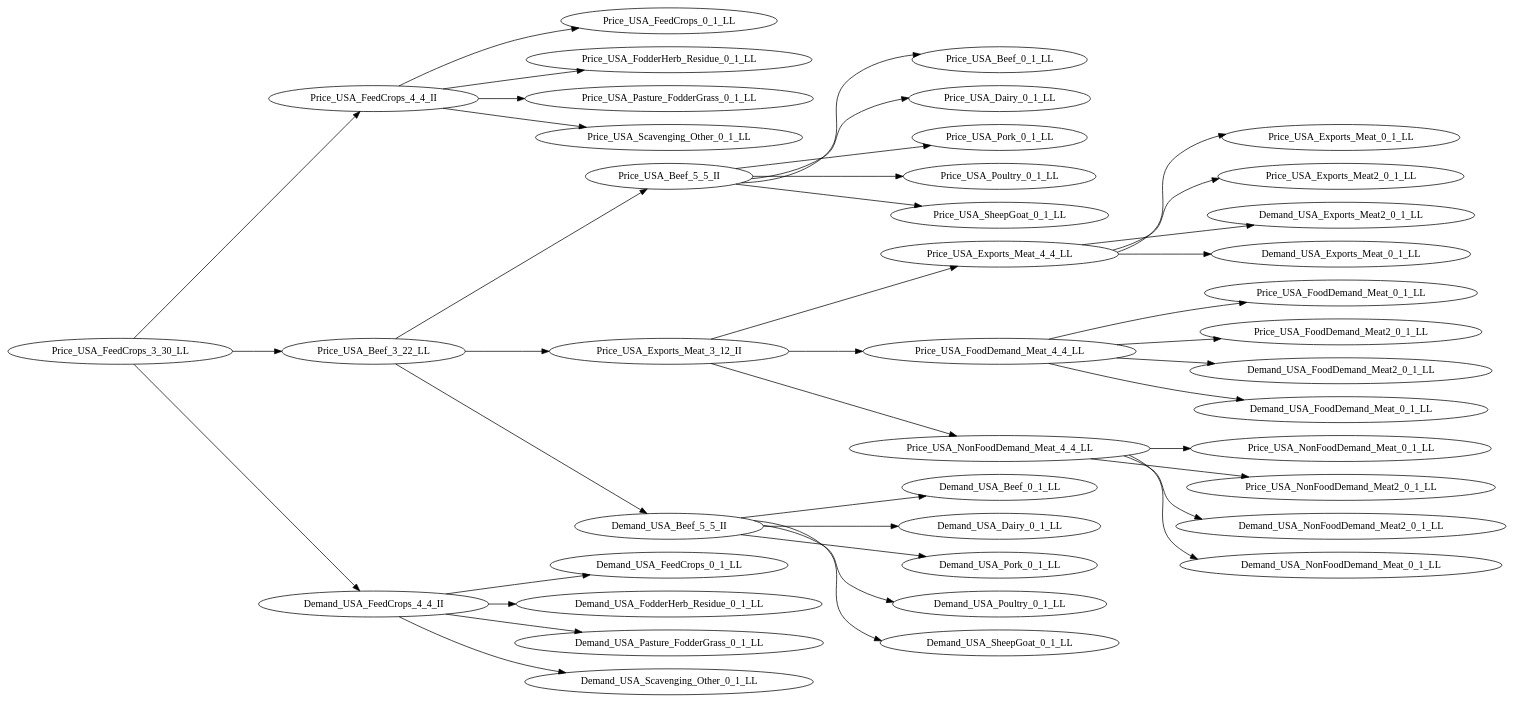
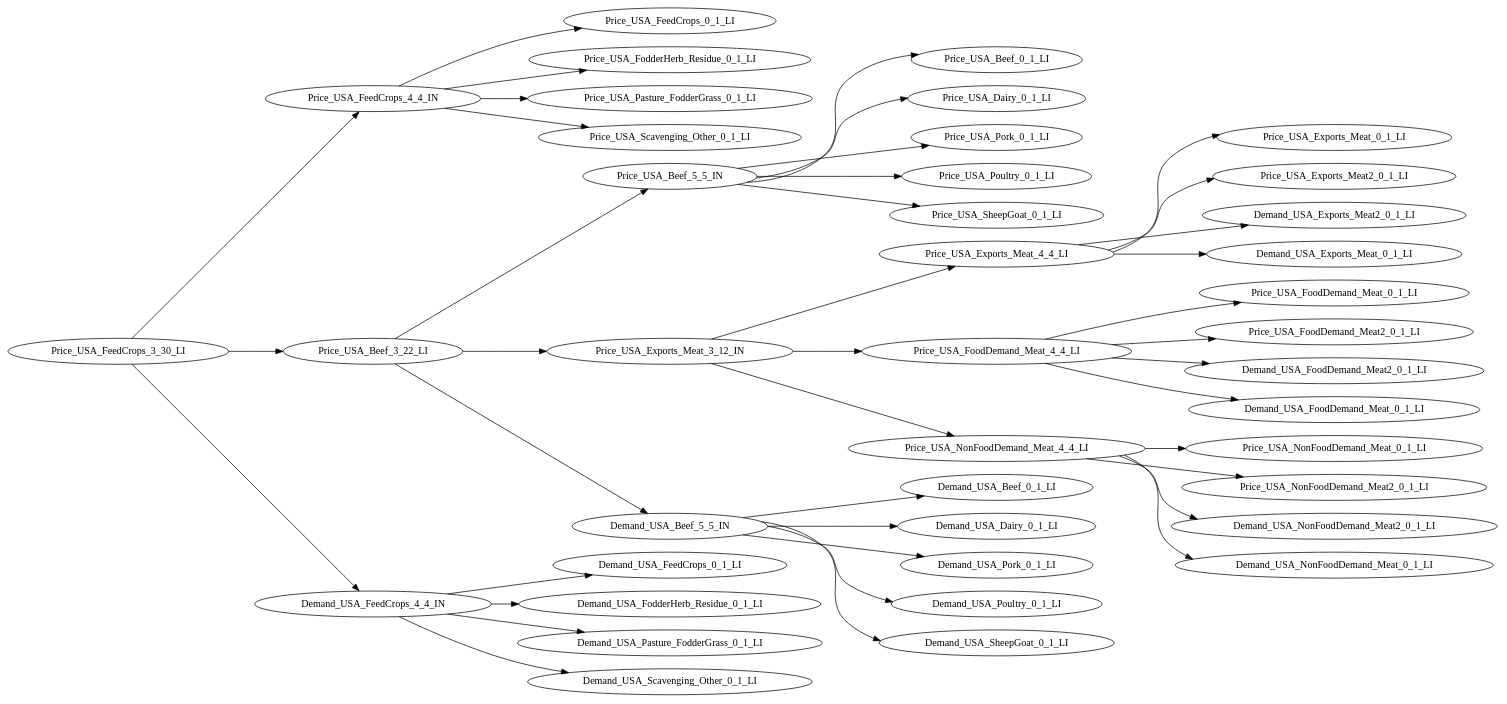
Before and after one commit to rplzzz/tgraph: the diagram in output/gcam-usa-c2-clans.dot, drawn with Graphviz. The commit also changed 2 other files, not shown here.

```diff
--- a/output/gcam-usa-c2-clans.dot
+++ b/output/gcam-usa-c2-clans.dot
@@ -1,42 +1,42 @@
 digraph ClanTree {
 rankdir=LR
-Price_USA_FeedCrops_3_30_LL -> Price_USA_FeedCrops_4_4_II;
-Price_USA_FeedCrops_4_4_II -> Price_USA_FeedCrops_0_1_LL;
-Price_USA_FeedCrops_4_4_II -> Price_USA_FodderHerb_Residue_0_1_LL;
-Price_USA_FeedCrops_4_4_II -> Price_USA_Pasture_FodderGrass_0_1_LL;
-Price_USA_FeedCrops_4_4_II -> Price_USA_Scavenging_Other_0_1_LL;
-Price_USA_FeedCrops_3_30_LL -> Price_USA_Beef_3_22_LL;
-Price_USA_Beef_3_22_LL -> Price_USA_Beef_5_5_II;
-Price_USA_Beef_5_5_II -> Price_USA_Beef_0_1_LL;
-Price_USA_Beef_5_5_II -> Price_USA_Dairy_0_1_LL;
-Price_USA_Beef_5_5_II -> Price_USA_Pork_0_1_LL;
-Price_USA_Beef_5_5_II -> Price_USA_Poultry_0_1_LL;
-Price_USA_Beef_5_5_II -> Price_USA_SheepGoat_0_1_LL;
-Price_USA_Beef_3_22_LL -> Price_USA_Exports_Meat_3_12_II;
-Price_USA_Exports_Meat_3_12_II -> Price_USA_Exports_Meat_4_4_LL;
-Price_USA_Exports_Meat_4_4_LL -> Price_USA_Exports_Meat_0_1_LL;
-Price_USA_Exports_Meat_4_4_LL -> Price_USA_Exports_Meat2_0_1_LL;
-Price_USA_Exports_Meat_4_4_LL -> Demand_USA_Exports_Meat2_0_1_LL;
-Price_USA_Exports_Meat_4_4_LL -> Demand_USA_Exports_Meat_0_1_LL;
-Price_USA_Exports_Meat_3_12_II -> Price_USA_FoodDemand_Meat_4_4_LL;
-Price_USA_FoodDemand_Meat_4_4_LL -> Price_USA_FoodDemand_Meat_0_1_LL;
-Price_USA_FoodDemand_Meat_4_4_LL -> Price_USA_FoodDemand_Meat2_0_1_LL;
-Price_USA_FoodDemand_Meat_4_4_LL -> Demand_USA_FoodDemand_Meat2_0_1_LL;
-Price_USA_FoodDemand_Meat_4_4_LL -> Demand_USA_FoodDemand_Meat_0_1_LL;
-Price_USA_Exports_Meat_3_12_II -> Price_USA_NonFoodDemand_Meat_4_4_LL;
-Price_USA_NonFoodDemand_Meat_4_4_LL -> Price_USA_NonFoodDemand_Meat_0_1_LL;
-Price_USA_NonFoodDemand_Meat_4_4_LL -> Price_USA_NonFoodDemand_Meat2_0_1_LL;
-Price_USA_NonFoodDemand_Meat_4_4_LL -> Demand_USA_NonFoodDemand_Meat2_0_1_LL;
-Price_USA_NonFoodDemand_Meat_4_4_LL -> Demand_USA_NonFoodDemand_Meat_0_1_LL;
-Price_USA_Beef_3_22_LL -> Demand_USA_Beef_5_5_II;
-Demand_USA_Beef_5_5_II -> Demand_USA_Beef_0_1_LL;
-Demand_USA_Beef_5_5_II -> Demand_USA_Dairy_0_1_LL;
-Demand_USA_Beef_5_5_II -> Demand_USA_Pork_0_1_LL;
-Demand_USA_Beef_5_5_II -> Demand_USA_Poultry_0_1_LL;
-Demand_USA_Beef_5_5_II -> Demand_USA_SheepGoat_0_1_LL;
-Price_USA_FeedCrops_3_30_LL -> Demand_USA_FeedCrops_4_4_II;
-Demand_USA_FeedCrops_4_4_II -> Demand_USA_FeedCrops_0_1_LL;
-Demand_USA_FeedCrops_4_4_II -> Demand_USA_FodderHerb_Residue_0_1_LL;
-Demand_USA_FeedCrops_4_4_II -> Demand_USA_Pasture_FodderGrass_0_1_LL;
-Demand_USA_FeedCrops_4_4_II -> Demand_USA_Scavenging_Other_0_1_LL;
+Price_USA_FeedCrops_3_30_LI -> Price_USA_FeedCrops_4_4_IN;
+Price_USA_FeedCrops_4_4_IN -> Price_USA_FeedCrops_0_1_LI;
+Price_USA_FeedCrops_4_4_IN -> Price_USA_FodderHerb_Residue_0_1_LI;
+Price_USA_FeedCrops_4_4_IN -> Price_USA_Pasture_FodderGrass_0_1_LI;
+Price_USA_FeedCrops_4_4_IN -> Price_USA_Scavenging_Other_0_1_LI;
+Price_USA_FeedCrops_3_30_LI -> Price_USA_Beef_3_22_LI;
+Price_USA_Beef_3_22_LI -> Price_USA_Beef_5_5_IN;
+Price_USA_Beef_5_5_IN -> Price_USA_Beef_0_1_LI;
+Price_USA_Beef_5_5_IN -> Price_USA_Dairy_0_1_LI;
+Price_USA_Beef_5_5_IN -> Price_USA_Pork_0_1_LI;
+Price_USA_Beef_5_5_IN -> Price_USA_Poultry_0_1_LI;
+Price_USA_Beef_5_5_IN -> Price_USA_SheepGoat_0_1_LI;
+Price_USA_Beef_3_22_LI -> Price_USA_Exports_Meat_3_12_IN;
+Price_USA_Exports_Meat_3_12_IN -> Price_USA_Exports_Meat_4_4_LI;
+Price_USA_Exports_Meat_4_4_LI -> Price_USA_Exports_Meat_0_1_LI;
+Price_USA_Exports_Meat_4_4_LI -> Price_USA_Exports_Meat2_0_1_LI;
+Price_USA_Exports_Meat_4_4_LI -> Demand_USA_Exports_Meat2_0_1_LI;
+Price_USA_Exports_Meat_4_4_LI -> Demand_USA_Exports_Meat_0_1_LI;
+Price_USA_Exports_Meat_3_12_IN -> Price_USA_FoodDemand_Meat_4_4_LI;
+Price_USA_FoodDemand_Meat_4_4_LI -> Price_USA_FoodDemand_Meat_0_1_LI;
+Price_USA_FoodDemand_Meat_4_4_LI -> Price_USA_FoodDemand_Meat2_0_1_LI;
+Price_USA_FoodDemand_Meat_4_4_LI -> Demand_USA_FoodDemand_Meat2_0_1_LI;
+Price_USA_FoodDemand_Meat_4_4_LI -> Demand_USA_FoodDemand_Meat_0_1_LI;
+Price_USA_Exports_Meat_3_12_IN -> Price_USA_NonFoodDemand_Meat_4_4_LI;
+Price_USA_NonFoodDemand_Meat_4_4_LI -> Price_USA_NonFoodDemand_Meat_0_1_LI;
+Price_USA_NonFoodDemand_Meat_4_4_LI -> Price_USA_NonFoodDemand_Meat2_0_1_LI;
+Price_USA_NonFoodDemand_Meat_4_4_LI -> Demand_USA_NonFoodDemand_Meat2_0_1_LI;
+Price_USA_NonFoodDemand_Meat_4_4_LI -> Demand_USA_NonFoodDemand_Meat_0_1_LI;
+Price_USA_Beef_3_22_LI -> Demand_USA_Beef_5_5_IN;
+Demand_USA_Beef_5_5_IN -> Demand_USA_Beef_0_1_LI;
+Demand_USA_Beef_5_5_IN -> Demand_USA_Dairy_0_1_LI;
+Demand_USA_Beef_5_5_IN -> Demand_USA_Pork_0_1_LI;
+Demand_USA_Beef_5_5_IN -> Demand_USA_Poultry_0_1_LI;
+Demand_USA_Beef_5_5_IN -> Demand_USA_SheepGoat_0_1_LI;
+Price_USA_FeedCrops_3_30_LI -> Demand_USA_FeedCrops_4_4_IN;
+Demand_USA_FeedCrops_4_4_IN -> Demand_USA_FeedCrops_0_1_LI;
+Demand_USA_FeedCrops_4_4_IN -> Demand_USA_FodderHerb_Residue_0_1_LI;
+Demand_USA_FeedCrops_4_4_IN -> Demand_USA_Pasture_FodderGrass_0_1_LI;
+Demand_USA_FeedCrops_4_4_IN -> Demand_USA_Scavenging_Other_0_1_LI;
 }
```
